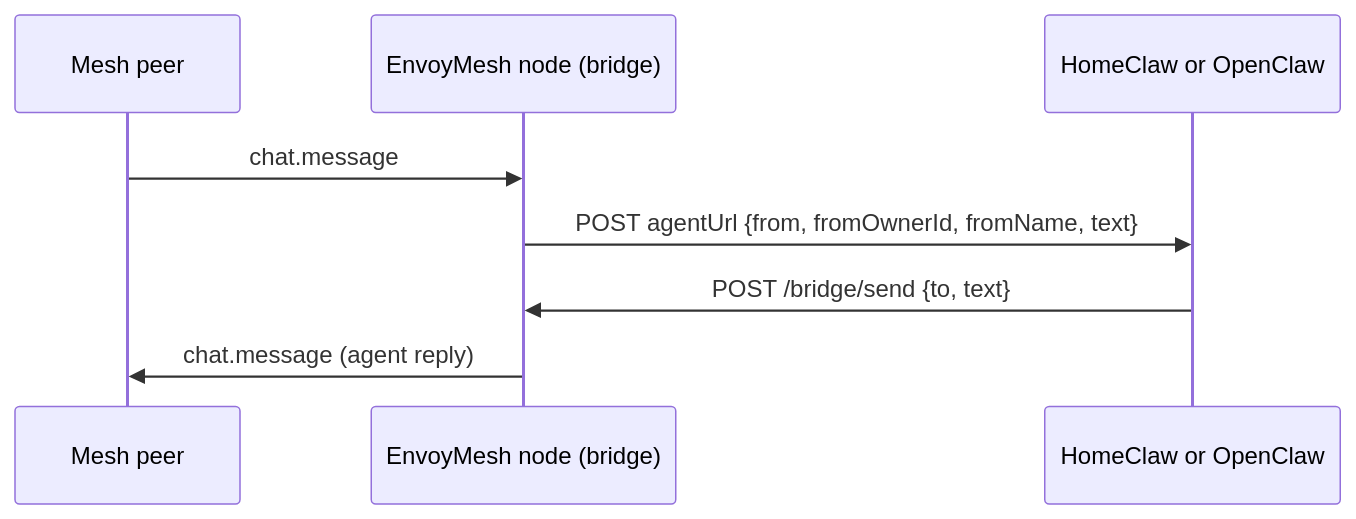
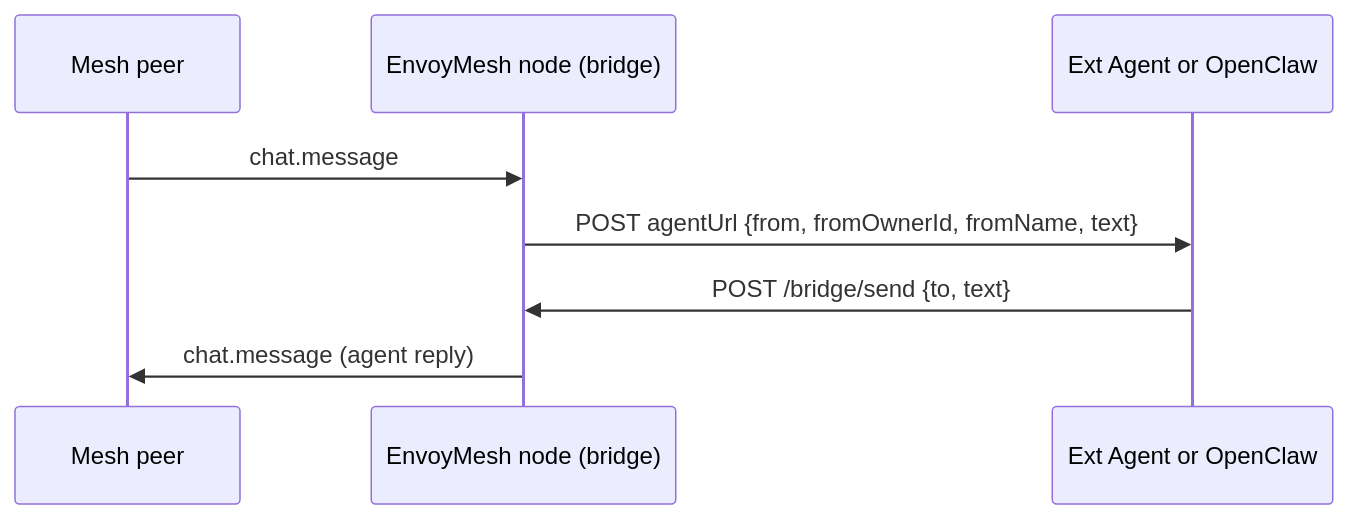
Before and after one commit to allenpeng0705/EnvoyMesh: the diagram in docs/agent_bridge_guide.md, drawn with Mermaid. The commit also changed other lines of this file and 3 other files, not shown here.

Commit message:
update document for Ext Agent

````diff
--- a/docs/agent_bridge_guide.md
+++ b/docs/agent_bridge_guide.md
@@ -26,11 +59,11 @@
 ```mermaid
 sequenceDiagram
   participant Peer as Mesh peer
   participant Node as EnvoyMesh node (bridge)
-  participant Agent as HomeClaw or OpenClaw
+  participant Agent as Ext Agent or OpenClaw
 
   Peer->>Node: chat.message
   Node->>Agent: POST agentUrl {from, fromOwnerId, fromName, text}
   Agent->>Node: POST /bridge/send {to, text}
   Node->>Peer: chat.message (agent reply)
 ```
````
